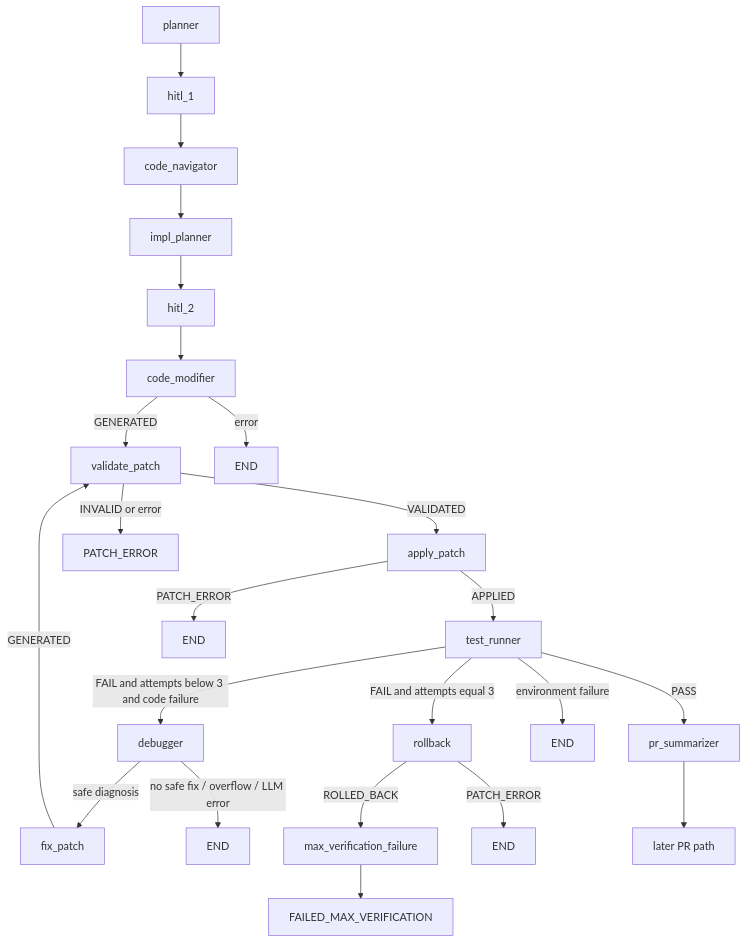
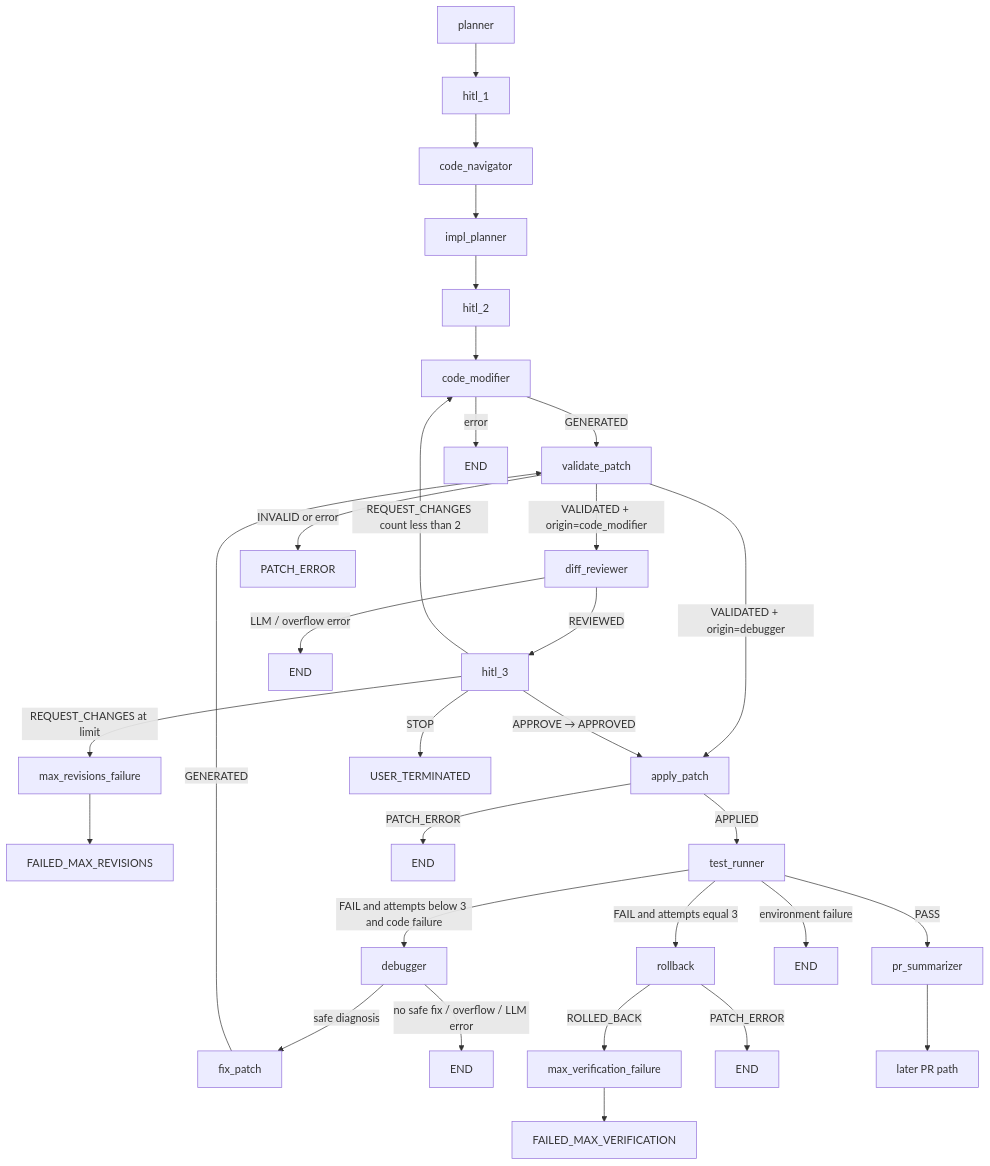
One commit to Souravmane3000/Prism changed the diagram in GRAPH_V2.md. Above: the diagram before and after it, drawn with Mermaid. The commit also changed other lines of this file and 28 other files, not shown here.

First line of the commit message:
Implement Phase 5 Diff Reviewer and HITL #3.

````diff
--- a/GRAPH_V2.md
+++ b/GRAPH_V2.md
@@ -7,25 +7,33 @@
 ```mermaid
 flowchart TD
     planner --> hitl1[hitl_1]
     hitl1 --> navigator[code_navigator]
     navigator --> impl[impl_planner]
     impl --> hitl2[hitl_2]
     hitl2 --> modifier[code_modifier]
     modifier -->|"GENERATED"| validatePatch[validate_patch]
     modifier -->|"error"| endFail[END]
-    validatePatch -->|"VALIDATED"| applyPatch[apply_patch]
+    validatePatch -->|"VALIDATED + origin=code_modifier"| reviewer[diff_reviewer]
+    validatePatch -->|"VALIDATED + origin=debugger"| applyPatch[apply_patch]
     validatePatch -->|"INVALID or error"| patchError[PATCH_ERROR]
+    reviewer -->|"REVIEWED"| hitl3[hitl_3]
+    reviewer -->|"LLM / overflow error"| reviewFail[END]
+    hitl3 -->|"APPROVE → APPROVED"| applyPatch
+    hitl3 -->|"REQUEST_CHANGES count less than 2"| modifier
+    hitl3 -->|"REQUEST_CHANGES at limit"| maxRev[max_revisions_failure]
+    hitl3 -->|"STOP"| userStop[USER_TERMINATED]
+    maxRev --> failedRev[FAILED_MAX_REVISIONS]
     applyPatch -->|"APPLIED"| testRunner[test_runner]
     applyPatch -->|"PATCH_ERROR"| applyFail[END]
     testRunner -->|"PASS"| prSummarizer[pr_summarizer]
     testRunner -->|"FAIL and attempts below 3 and code failure"| debugger
     testRunner -->|"FAIL and attempts equal 3"| rollback
     testRunner -->|"environment failure"| envFail[END]
     debugger -->|"safe diagnosis"| fixPatch[fix_patch]
     debugger -->|"no safe fix / overflow / LLM error"| debugFail[END]
     fixPatch -->|"GENERATED"| validatePatch
     rollback -->|"ROLLED_BACK"| maxFail[max_verification_failure]
     maxFail --> failedMax[FAILED_MAX_VERIFICATION]
     rollback -->|"PATCH_ERROR"| rollbackFail[END]
     prSummarizer --> laterSuccess[later PR path]
 ```
````
